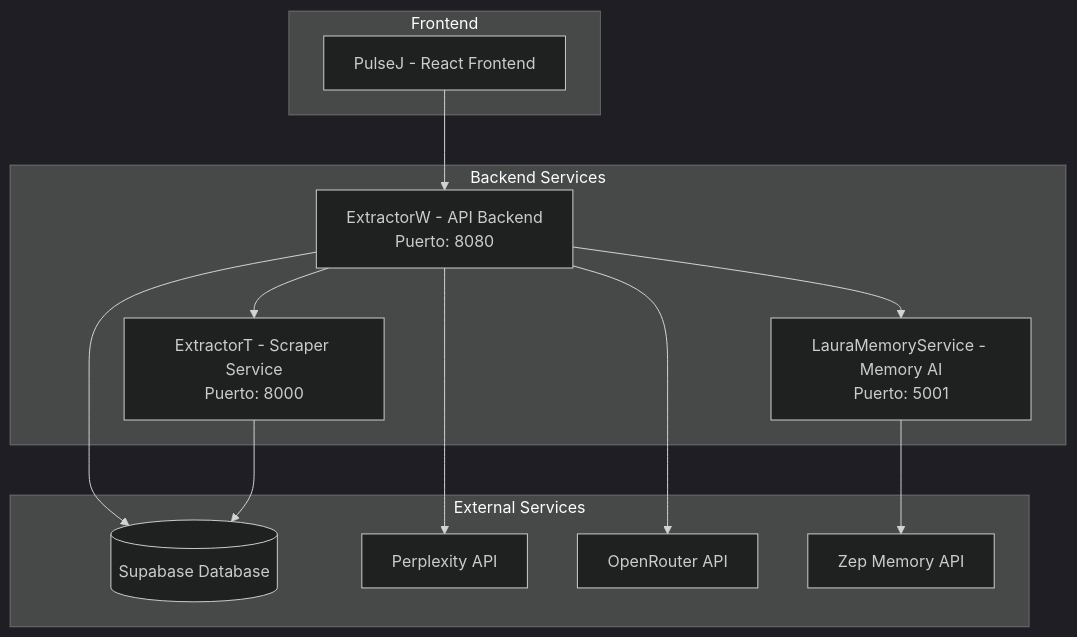
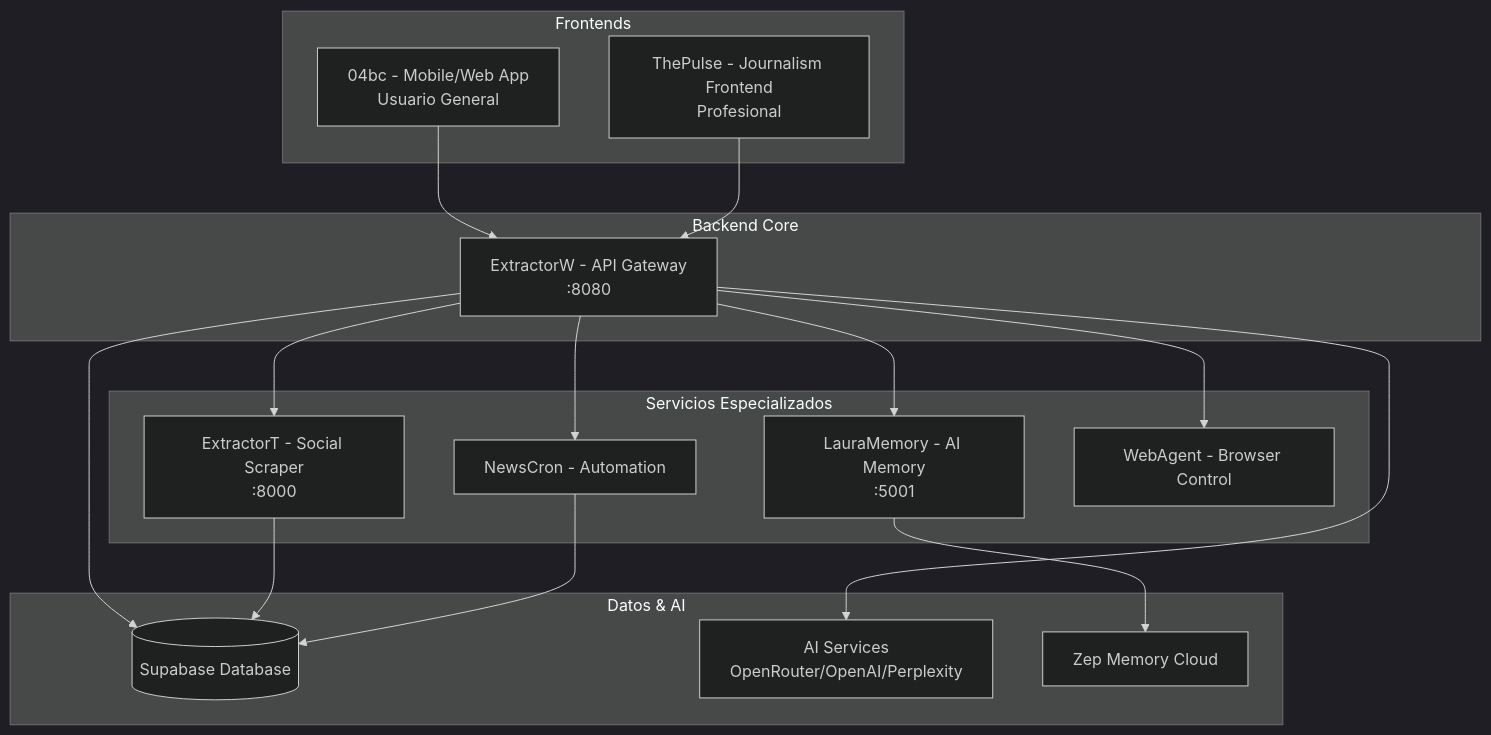
Before and after one commit to alpj361/Pulse-Journal: the diagram in CLAUDE.md, drawn with Mermaid (dark theme). The commit also changed other lines of this file and 4139 other files, not shown here.

````diff
--- a/CLAUDE.md
+++ b/CLAUDE.md
@@ -7,28 +77,36 @@
 ```mermaid
 graph TB
-    subgraph "Frontend"
-        PJ[PulseJ - React Frontend]
+    subgraph "Frontends"
+        APP[04bc - Mobile/Web App<br/>Usuario General]
+        TP[ThePulse - Journalism Frontend<br/>Profesional]
     end
-    
-    subgraph "Backend Services"
-        EW[ExtractorW - API Backend<br/>Puerto: 8080]
-        ET[ExtractorT - Scraper Service<br/>Puerto: 8000]
-        LM[LauraMemoryService - Memory AI<br/>Puerto: 5001]
+
+    subgraph "Backend Core"
+        EW[ExtractorW - API Gateway<br/>:8080]
     end
-    
-    subgraph "External Services"
+
+    subgraph "Servicios Especializados"
+        ET[ExtractorT - Social Scraper<br/>:8000]
+        LM[LauraMemory - AI Memory<br/>:5001]
+        NC[NewsCron - Automation]
+        WA[WebAgent - Browser Control]
+    end
+
+    subgraph "Datos & AI"
         SB[(Supabase Database)]
-        PX[Perplexity API]
-        OR[OpenRouter API]
-        ZEP[Zep Memory API]
+        AI[AI Services<br/>OpenRouter/OpenAI/Perplexity]
+        ZEP[Zep Memory Cloud]
     end
-    
-    PJ --> EW
+
+    APP --> EW
+    TP --> EW
     EW --> ET
     EW --> LM
+    EW --> NC
+    EW --> WA
     LM --> ZEP
     EW --> SB
-    EW --> PX
-    EW --> OR
+    EW --> AI
     ET --> SB
+    NC --> SB
 ```
````
